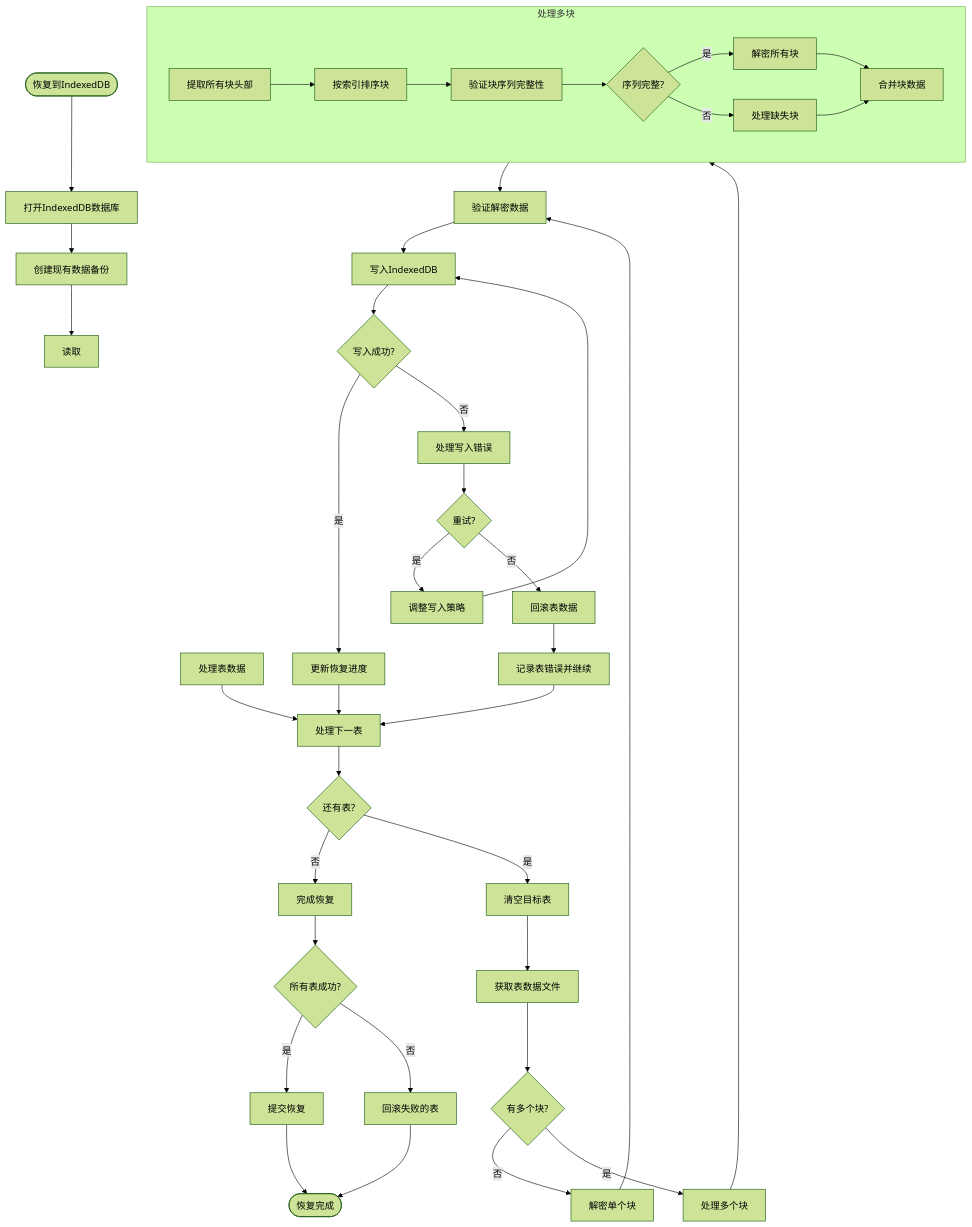
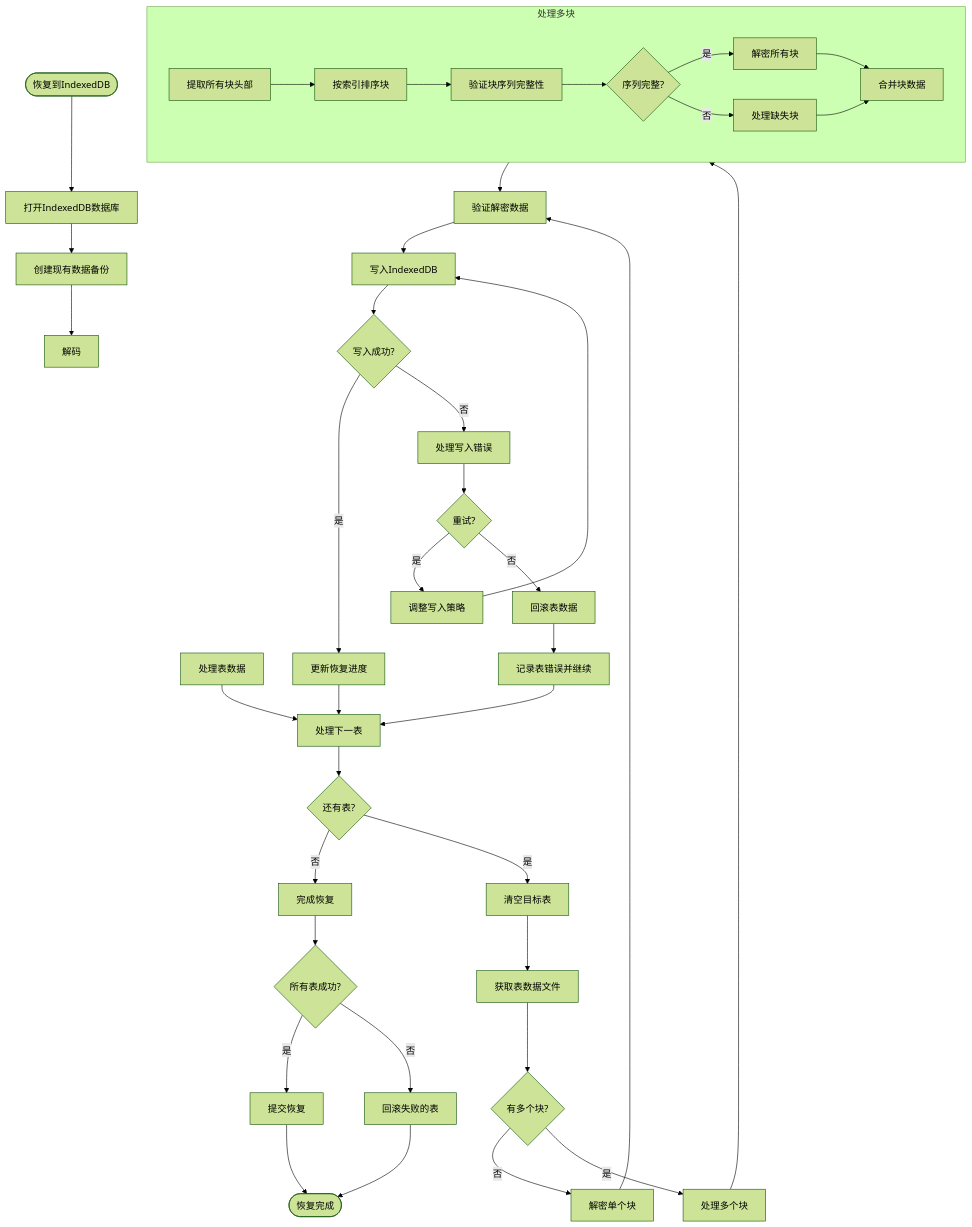
The diagram in all/未命名-52.md (yingjianzh/iodraw-files), drawn with Mermaid (forest theme) before and after one commit.

Commit message:
2025-05-09 18:28:30 update

````diff
--- a/all/未命名-52.md
+++ b/all/未命名-52.md
@@ -1,56 +1,56 @@
 ```mermaid
 flowchart TD
     Start([恢复到IndexedDB]) --> OpenDB[打开IndexedDB数据库]
     OpenDB --> CreateBackup[创建现有数据备份]
-    CreateBackup --> ProcessCanvas[读取]
+    CreateBackup --> ProcessCanvas[解码]
     ProcessTables[处理表数据]
     
     ProcessTables --> ProcessNextTable[处理下一表]
     ProcessNextTable --> MoreTables{还有表?}
     MoreTables -->|否| FinalizeRestore[完成恢复]
     MoreTables -->|是| ClearTable[清空目标表]
     
     ClearTable --> GetTableData[获取表数据文件]
     GetTableData --> TableHasMultipleBlocks{有多个块?}
     
     TableHasMultipleBlocks -->|否| DecryptSingleBlock[解密单个块]
     TableHasMultipleBlocks -->|是| ProcessMultipleBlocks[处理多个块]
     
     subgraph MultiBlockProcess [处理多块]
         MB1[提取所有块头部] --> MB2[按索引排序块]
         MB2 --> MB3[验证块序列完整性]
         MB3 --> MB4{序列完整?}
         MB4 -->|否| MB5[处理缺失块]
         MB4 -->|是| MB6[解密所有块]
         MB6 --> MB7[合并块数据]
         MB5 --> MB7
     end
     
     ProcessMultipleBlocks --> MultiBlockProcess
     
     DecryptSingleBlock --> ValidateData[验证解密数据]
     MultiBlockProcess --> ValidateData
     
     ValidateData --> WriteToIndexedDB[写入IndexedDB]
     WriteToIndexedDB --> ValidationSuccess{写入成功?}
     
     ValidationSuccess -->|是| UpdateProgress[更新恢复进度]
     ValidationSuccess -->|否| HandleWriteError[处理写入错误]
     
     HandleWriteError --> RetryWrite{重试?}
     RetryWrite -->|是| AdjustWriteStrategy[调整写入策略]
     RetryWrite -->|否| RollbackTable[回滚表数据]
     
     AdjustWriteStrategy --> WriteToIndexedDB
     RollbackTable --> LogTableError[记录表错误并继续]
     
     UpdateProgress --> ProcessNextTable
     LogTableError --> ProcessNextTable
     
     FinalizeRestore --> AllTablesSuccess{所有表成功?}
     AllTablesSuccess -->|是| CommitRestore[提交恢复]
     AllTablesSuccess -->|否| RollbackFailed[回滚失败的表]
     
     CommitRestore --> End([恢复完成])
     RollbackFailed --> End
 ```
````
